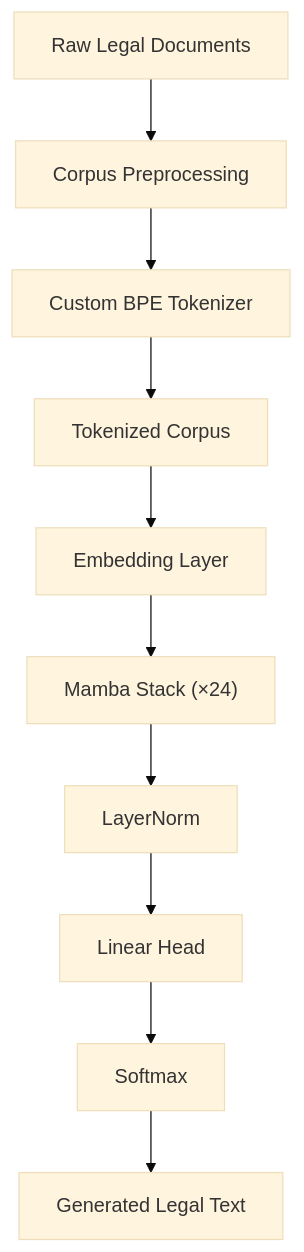
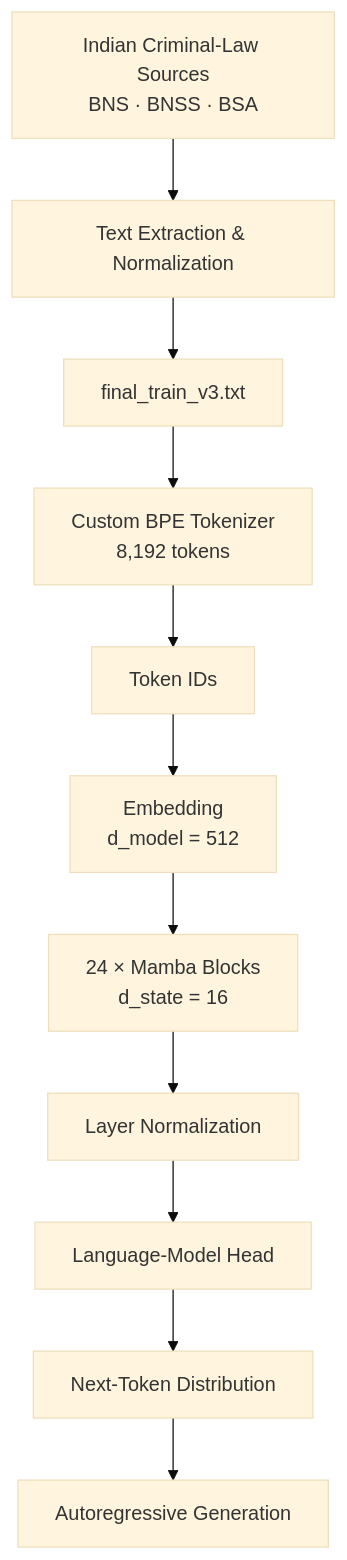
The diagram in README.md (Rishy-09/legal-mamba-indian-criminal-law), drawn with Mermaid (base theme) before and after one commit. The commit also changed other lines of this file and 6 other files, not shown here.

````diff
--- a/README.md
+++ b/README.md
@@ -87,24 +117,25 @@
 ```mermaid
 flowchart TD
-
-    A["Raw Legal Documents"]
-    B["Corpus Preprocessing"]
-    C["Custom BPE Tokenizer"]
-    D["Tokenized Corpus"]
-    E["Embedding Layer"]
-    F["Mamba Stack (×24)"]
-    G["LayerNorm"]
-    H["Linear Head"]
-    I["Softmax"]
-    J["Generated Legal Text"]
+    A["Indian Criminal-Law Sources<br/>BNS · BNSS · BSA"]
+    B["Text Extraction & Normalization"]
+    C["final_train_v3.txt"]
+    D["Custom BPE Tokenizer<br/>8,192 tokens"]
+    E["Token IDs"]
+    F["Embedding<br/>d_model = 512"]
+    G["24 × Mamba Blocks<br/>d_state = 16"]
+    H["Layer Normalization"]
+    I["Language-Model Head"]
+    J["Next-Token Distribution"]
+    K["Autoregressive Generation"]
 
     A --> B
     B --> C
     C --> D
     D --> E
     E --> F
     F --> G
     G --> H
     H --> I
     I --> J
+    J --> K
 ```
````
